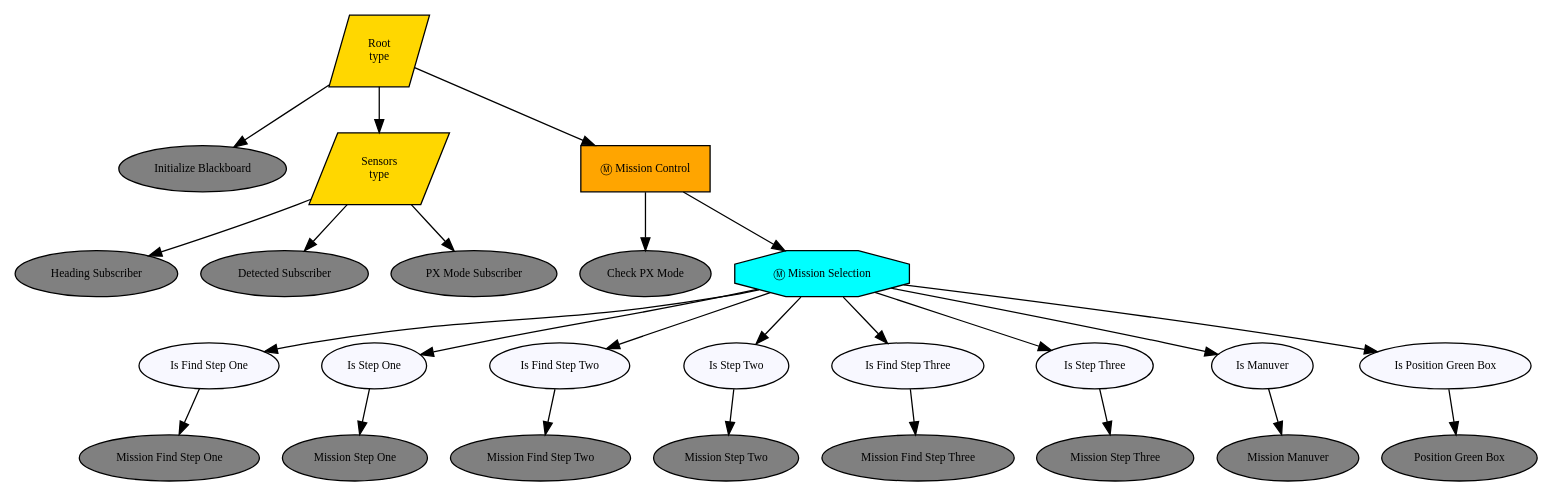
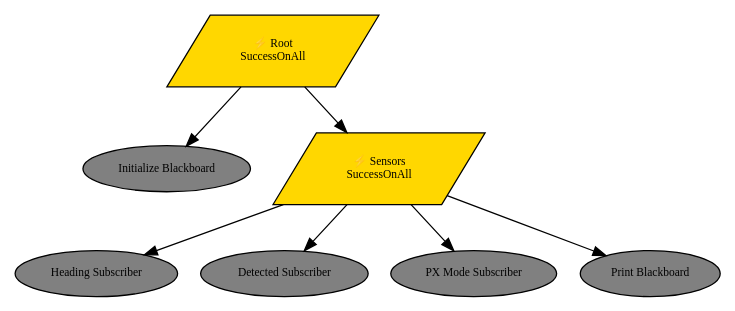
The diagram in scripts/BT/root.dot (AMV-UI/KKI-25), drawn with Graphviz before and after one commit. The commit also changed 30 other files, not shown here.

```diff
--- a/scripts/BT/root.dot
+++ b/scripts/BT/root.dot
@@ -1,55 +1,19 @@
 digraph pastafarianism {
 ordering=out;
 graph [fontname="times-roman"];
 node [fontname="times-roman"];
 edge [fontname="times-roman"];
-Root [fillcolor=gold, fontcolor=black, fontsize=9, label="Root\ntype", shape=parallelogram, style=filled];
+Root [fillcolor=gold, fontcolor=black, fontsize=9, label="⚡ Root\nSuccessOnAll", shape=parallelogram, style=filled];
 "Initialize Blackboard" [fillcolor=gray, fontcolor=black, fontsize=9, label="Initialize Blackboard", shape=ellipse, style=filled];
 Root -> "Initialize Blackboard";
-Sensors [fillcolor=gold, fontcolor=black, fontsize=9, label="Sensors\ntype", shape=parallelogram, style=filled];
+Sensors [fillcolor=gold, fontcolor=black, fontsize=9, label="⚡ Sensors\nSuccessOnAll", shape=parallelogram, style=filled];
 Root -> Sensors;
 "Heading Subscriber" [fillcolor=gray, fontcolor=black, fontsize=9, label="Heading Subscriber", shape=ellipse, style=filled];
 Sensors -> "Heading Subscriber";
 "Detected Subscriber" [fillcolor=gray, fontcolor=black, fontsize=9, label="Detected Subscriber", shape=ellipse, style=filled];
 Sensors -> "Detected Subscriber";
 "PX Mode Subscriber" [fillcolor=gray, fontcolor=black, fontsize=9, label="PX Mode Subscriber", shape=ellipse, style=filled];
 Sensors -> "PX Mode Subscriber";
-"Mission Control" [fillcolor=orange, fontcolor=black, fontsize=9, label="Ⓜ Mission Control", shape=box, style=filled];
-Root -> "Mission Control";
-"Check PX Mode" [fillcolor=gray, fontcolor=black, fontsize=9, label="Check PX Mode", shape=ellipse, style=filled];
-"Mission Control" -> "Check PX Mode";
-"Mission Selection" [fillcolor=cyan, fontcolor=black, fontsize=9, label="Ⓜ Mission Selection", shape=octagon, style=filled];
-"Mission Control" -> "Mission Selection";
-"Is Find Step One" [fillcolor=ghostwhite, fontcolor=black, fontsize=9, label="Is Find Step One", shape=ellipse, style=filled];
-"Mission Selection" -> "Is Find Step One";
-"Mission Find Step One" [fillcolor=gray, fontcolor=black, fontsize=9, label="Mission Find Step One", shape=ellipse, style=filled];
-"Is Find Step One" -> "Mission Find Step One";
-"Is Step One" [fillcolor=ghostwhite, fontcolor=black, fontsize=9, label="Is Step One", shape=ellipse, style=filled];
-"Mission Selection" -> "Is Step One";
-"Mission Step One" [fillcolor=gray, fontcolor=black, fontsize=9, label="Mission Step One", shape=ellipse, style=filled];
-"Is Step One" -> "Mission Step One";
-"Is Find Step Two" [fillcolor=ghostwhite, fontcolor=black, fontsize=9, label="Is Find Step Two", shape=ellipse, style=filled];
-"Mission Selection" -> "Is Find Step Two";
-"Mission Find Step Two" [fillcolor=gray, fontcolor=black, fontsize=9, label="Mission Find Step Two", shape=ellipse, style=filled];
-"Is Find Step Two" -> "Mission Find Step Two";
-"Is Step Two" [fillcolor=ghostwhite, fontcolor=black, fontsize=9, label="Is Step Two", shape=ellipse, style=filled];
-"Mission Selection" -> "Is Step Two";
-"Mission Step Two" [fillcolor=gray, fontcolor=black, fontsize=9, label="Mission Step Two", shape=ellipse, style=filled];
-"Is Step Two" -> "Mission Step Two";
-"Is Find Step Three" [fillcolor=ghostwhite, fontcolor=black, fontsize=9, label="Is Find Step Three", shape=ellipse, style=filled];
-"Mission Selection" -> "Is Find Step Three";
-"Mission Find Step Three" [fillcolor=gray, fontcolor=black, fontsize=9, label="Mission Find Step Three", shape=ellipse, style=filled];
-"Is Find Step Three" -> "Mission Find Step Three";
-"Is Step Three" [fillcolor=ghostwhite, fontcolor=black, fontsize=9, label="Is Step Three", shape=ellipse, style=filled];
-"Mission Selection" -> "Is Step Three";
-"Mission Step Three" [fillcolor=gray, fontcolor=black, fontsize=9, label="Mission Step Three", shape=ellipse, style=filled];
-"Is Step Three" -> "Mission Step Three";
-"Is Manuver" [fillcolor=ghostwhite, fontcolor=black, fontsize=9, label="Is Manuver", shape=ellipse, style=filled];
-"Mission Selection" -> "Is Manuver";
-"Mission Manuver" [fillcolor=gray, fontcolor=black, fontsize=9, label="Mission Manuver", shape=ellipse, style=filled];
-"Is Manuver" -> "Mission Manuver";
-"Is Position Green Box" [fillcolor=ghostwhite, fontcolor=black, fontsize=9, label="Is Position Green Box", shape=ellipse, style=filled];
-"Mission Selection" -> "Is Position Green Box";
-"Position Green Box" [fillcolor=gray, fontcolor=black, fontsize=9, label="Position Green Box", shape=ellipse, style=filled];
-"Is Position Green Box" -> "Position Green Box";
+"Print Blackboard" [fillcolor=gray, fontcolor=black, fontsize=9, label="Print Blackboard", shape=ellipse, style=filled];
+Sensors -> "Print Blackboard";
 }
```
